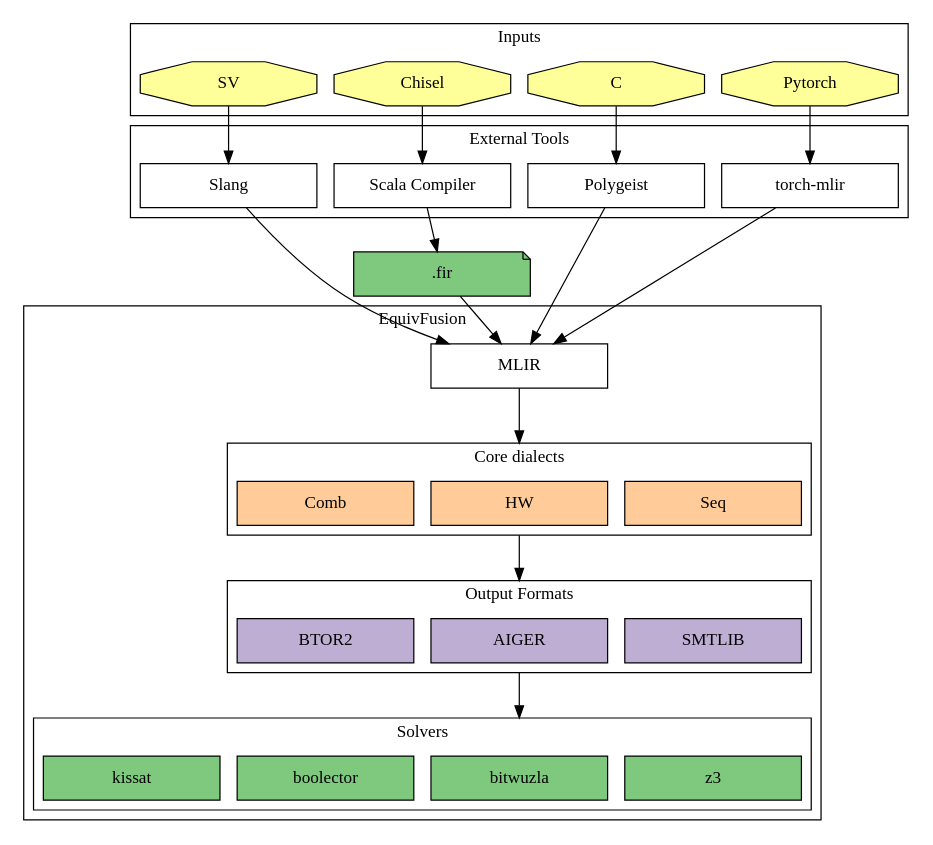
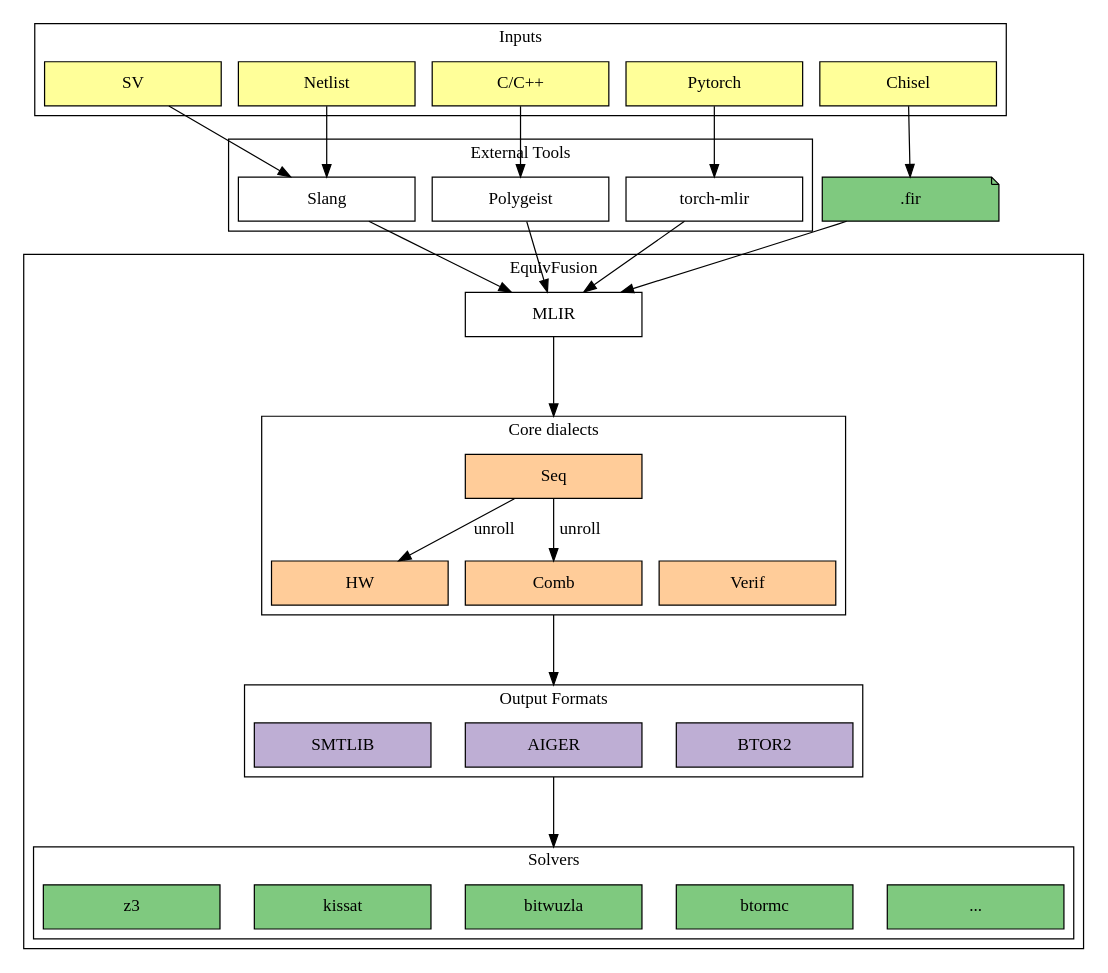
One commit to FORMiND-Lab/EquivFusion changed the diagram in docs/dot/equivfusion.dot. Above: the diagram before and after it, drawn with Graphviz. The commit also changed 3 other files, not shown here.

```diff
--- a/docs/dot/equivfusion.dot
+++ b/docs/dot/equivfusion.dot
@@ -1,72 +1,82 @@
 digraph G {
   rankdir = TB
   splines=spline
   node [shape=box style=filled fillcolor="white" width=2]
   nodesep=0.2 // horizontal compression
   ranksep=0.5 // vertical compression
   compound=true
 
   // input fronttends
   subgraph cluster_inputs{
       label = "Inputs"
-      node [shape=octagon fillcolor="#ffff99"]
+      node [fillcolor="#ffff99"]
+      SV
+      Netlist
+      C [label="C/C++"]
       Pytorch
-      C
       Chisel
-      SV
+      C [label="C/C++"]
   }
 
 
   subgraph cluster_tools {
     label = "External Tools"
-    TorchMLIR [label="torch-mlir"]
     Slang
     Polygeist
-    ScalaCompiler [label="Scala Compiler"]
+    TorchMLIR [label="torch-mlir"]
   }
 
 
   FIRFile [label=".fir" fillcolor="#7fc97f" shape="note"]
 
   // equivfusion
   subgraph cluster_equivfusion {
       label = "EquivFusion"
 
       MLIR
 
       subgraph cluster_core_dialects {
           label = "Core dialects"
           node [fillcolor="#ffcc99"]
+          HW
           Seq
-          HW
           Comb
+          Verif
+
+          Seq -> Comb [label="unroll"]
+          Seq -> HW [label="unroll"]
+          Seq -> Verif [style=invis]
       }
 
       subgraph cluster_outputs {
           label = "Output Formats"
           node [fillcolor="#beaed4"]
           SMTLIB
           AIGER
           BTOR2
+          {rank=same SMTLIB -> AIGER -> BTOR2 [style=invis]}
       }
 
       subgraph cluster_solvers {
           label = "Solvers"
           node [fillcolor="#7fc97f"]
           z3
           bitwuzla
-          boolector
+          btormc
           kissat
+          other [label="..."]
+          {rank=same z3 -> kissat -> bitwuzla -> btormc -> other [style=invis]}
       }
 
-      MLIR -> HW        [lhead=cluster_core_dialects minlen=2]
-      HW -> AIGER       [ltail=cluster_core_dialects lhead=cluster_outputs minlen=2]
-      AIGER -> bitwuzla [ltail=cluster_outputs lhead=cluster_solvers minlen=2]
+      MLIR -> Seq         [lhead=cluster_core_dialects minlen=2]
+      Comb -> AIGER       [ltail=cluster_core_dialects lhead=cluster_outputs minlen=2]
+      AIGER -> bitwuzla   [ltail=cluster_outputs lhead=cluster_solvers minlen=2]
   }
 
 
   Pytorch -> TorchMLIR -> MLIR
   C -> Polygeist -> MLIR
+  Netlist -> Slang
   SV -> Slang -> MLIR
-  Chisel -> ScalaCompiler -> FIRFile -> MLIR
+  Chisel -> FIRFile -> MLIR
 }
```
